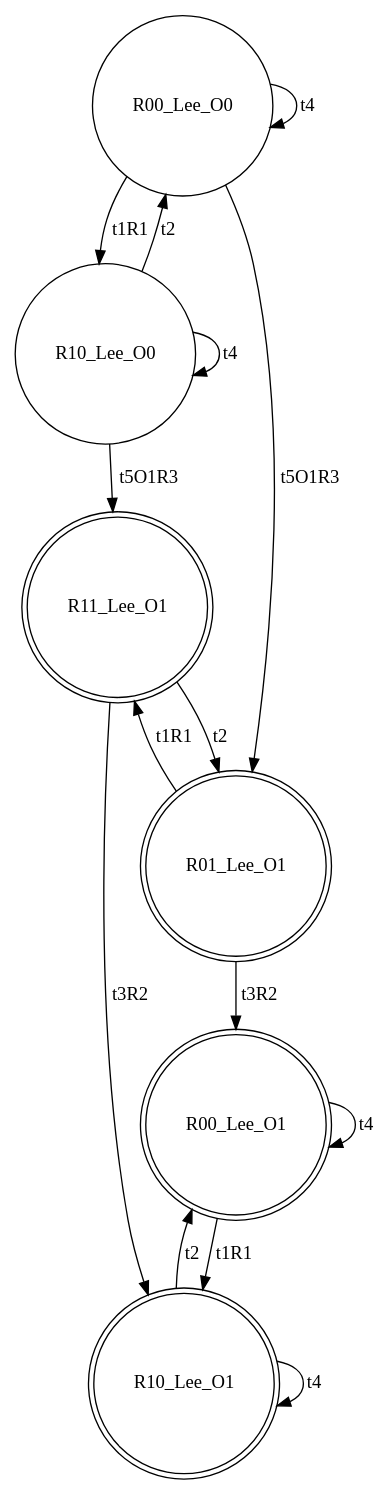
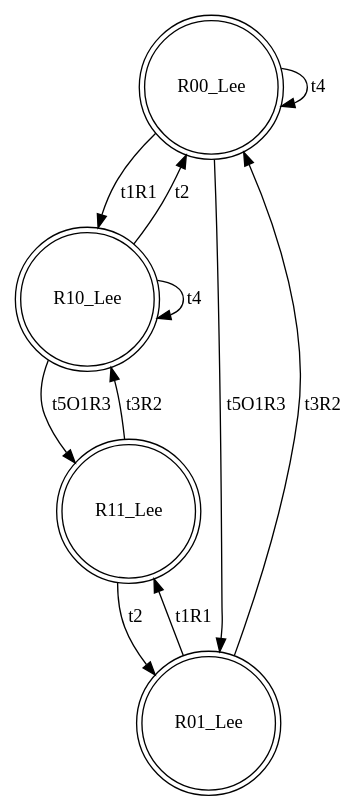
The diagram in input/r_SC.dot (Stefano-BS/Explanatory-Diagnosis), drawn with Graphviz before and after one commit. The commit also changed 45 other files, not shown here.

```diff
--- a/input/r_SC.dot
+++ b/input/r_SC.dot
@@ -1,22 +1,16 @@
 digraph "SCinput/r" {
-node [shape=circle]; R00_Lee_O0 ;
-node [shape=circle]; R10_Lee_O0 ;
-node [shape=doublecircle]; R11_Lee_O1 ;
-node [shape=doublecircle]; R01_Lee_O1 ;
-node [shape=doublecircle]; R00_Lee_O1 ;
-node [shape=doublecircle]; R10_Lee_O1 ;
-R00_Lee_O0 -> R01_Lee_O1 [label=t5O1R3]
-R00_Lee_O0 -> R00_Lee_O0 [label=t4]
-R00_Lee_O0 -> R10_Lee_O0 [label=t1R1]
-R10_Lee_O0 -> R11_Lee_O1 [label=t5O1R3]
-R10_Lee_O0 -> R10_Lee_O0 [label=t4]
-R10_Lee_O0 -> R00_Lee_O0 [label=t2]
-R11_Lee_O1 -> R10_Lee_O1 [label=t3R2]
-R11_Lee_O1 -> R01_Lee_O1 [label=t2]
-R01_Lee_O1 -> R00_Lee_O1 [label=t3R2]
-R01_Lee_O1 -> R11_Lee_O1 [label=t1R1]
-R00_Lee_O1 -> R00_Lee_O1 [label=t4]
-R00_Lee_O1 -> R10_Lee_O1 [label=t1R1]
-R10_Lee_O1 -> R10_Lee_O1 [label=t4]
-R10_Lee_O1 -> R00_Lee_O1 [label=t2]
+node [shape=doublecircle]; R00_Lee ;
+node [shape=doublecircle]; R10_Lee ;
+node [shape=doublecircle]; R11_Lee ;
+node [shape=doublecircle]; R01_Lee ;
+R00_Lee -> R01_Lee [label=t5O1R3]
+R00_Lee -> R00_Lee [label=t4]
+R00_Lee -> R10_Lee [label=t1R1]
+R10_Lee -> R11_Lee [label=t5O1R3]
+R10_Lee -> R10_Lee [label=t4]
+R10_Lee -> R00_Lee [label=t2]
+R11_Lee -> R10_Lee [label=t3R2]
+R11_Lee -> R01_Lee [label=t2]
+R01_Lee -> R00_Lee [label=t3R2]
+R01_Lee -> R11_Lee [label=t1R1]
 }
```
